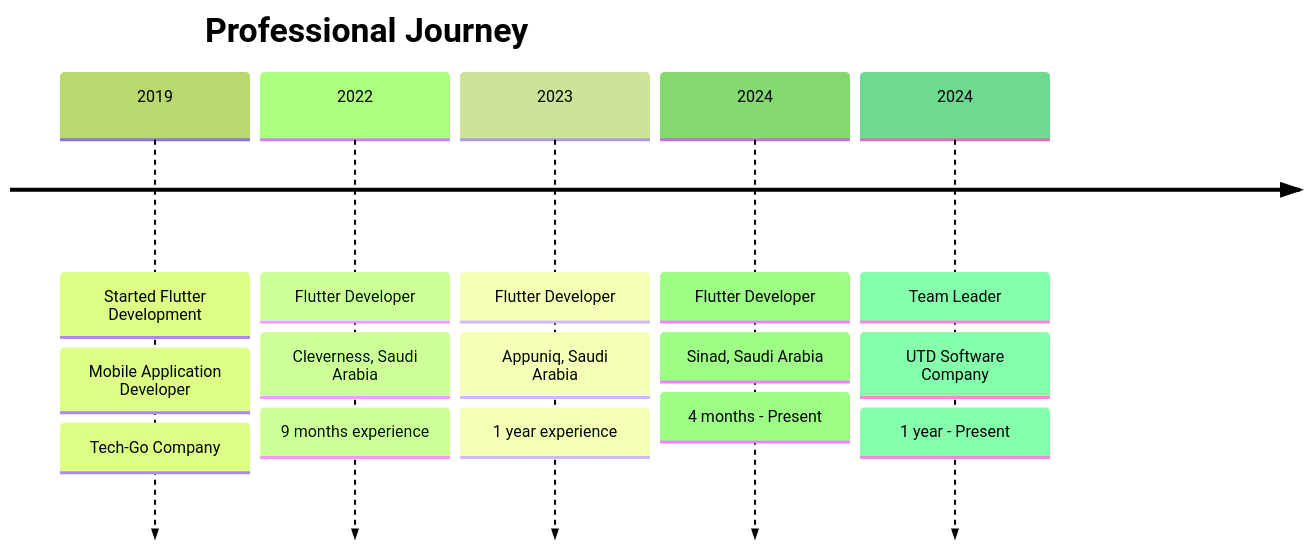
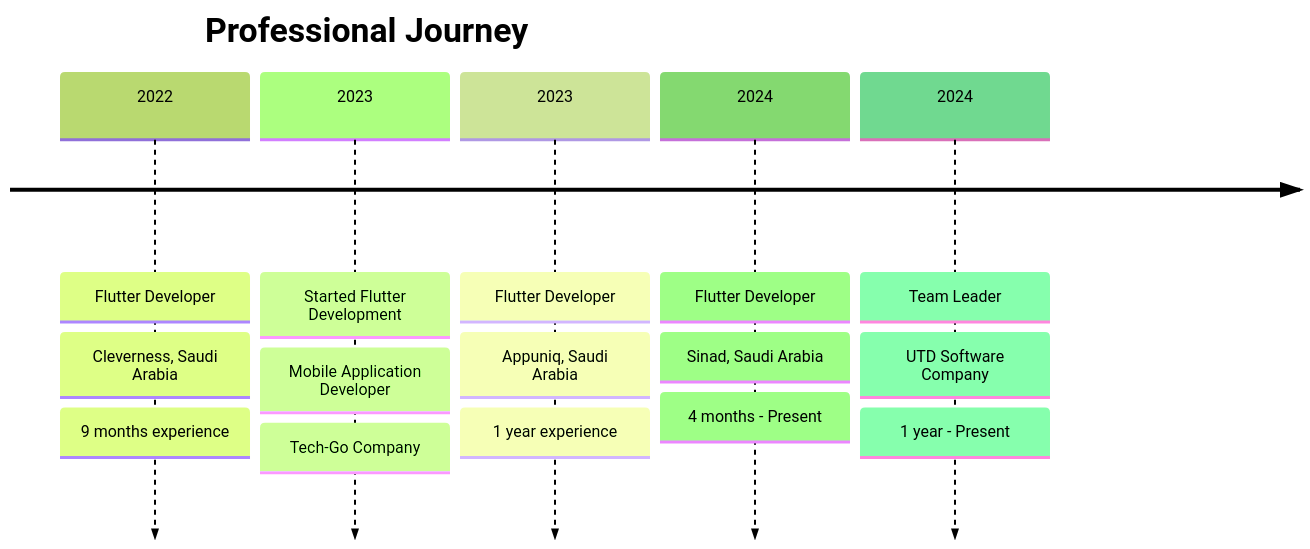
One commit to MohammedHosny2002/MohammedHosny2002 changed the second of 4 diagrams in README.md. Above: the diagram before and after it, drawn with Mermaid (forest theme). The commit also changed other lines of this file, not shown here.

Commit message:
Update README.md
Update

````diff
--- a/README.md
+++ b/README.md
@@ -147,24 +147,25 @@
 ```mermaid
 timeline
     title Professional Journey
     
-    2019 : Started Flutter Development
-         : Mobile Application Developer
-         : Tech-Go Company
-    
+
     2022 : Flutter Developer
          : Cleverness, Saudi Arabia
          : 9 months experience
+
+    2023 : Started Flutter Development
+         : Mobile Application Developer
+         : Tech-Go Company
     
     2023 : Flutter Developer
          : Appuniq, Saudi Arabia
          : 1 year experience
     
     2024 : Flutter Developer
          : Sinad, Saudi Arabia
          : 4 months - Present
     
     2024 : Team Leader
          : UTD Software Company
          : 1 year - Present
 ```
````
